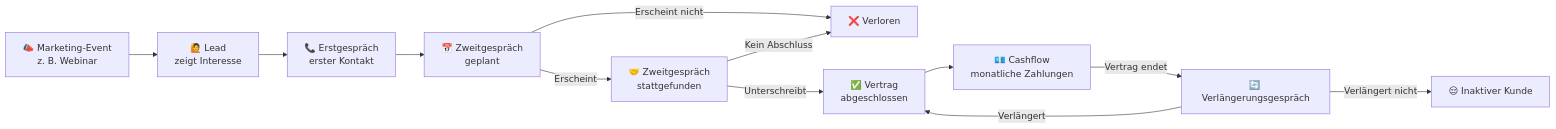
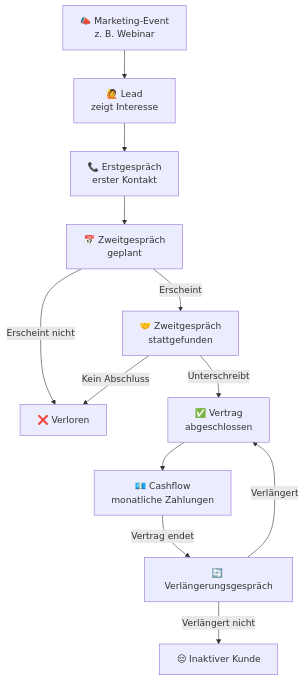
The first of 5 diagrams in docs/walkthrough_german.md (vr33ni-dev/annalanah-sales-assistant-go), drawn with Mermaid before and after one commit. The commit also changed other lines of this file, not shown here.

````diff
--- a/docs/walkthrough_german.md
+++ b/docs/walkthrough_german.md
@@ -17,14 +17,14 @@
 ```mermaid
-flowchart LR
+flowchart TB
     A[📣 Marketing-Event\nz. B. Webinar] --> B[🙋 Lead\nzeigt Interesse]
     B --> C[📞 Erstgespräch\nerster Kontakt]
     C --> D[📅 Zweitgespräch\ngeplant]
     D -->|Erscheint nicht| E[❌ Verloren]
     D -->|Erscheint| J[🤝 Zweitgespräch\nstattgefunden]
     J -->|Kein Abschluss| E
     J -->|Unterschreibt| F[✅ Vertrag\nabgeschlossen]
     F --> G[💶 Cashflow\nmonatliche Zahlungen]
     G -->|Vertrag endet| H[🔄 Verlängerungsgespräch]
     H -->|Verlängert| F
     H -->|Verlängert nicht| I[😔 Inaktiver Kunde]
 ```
````
